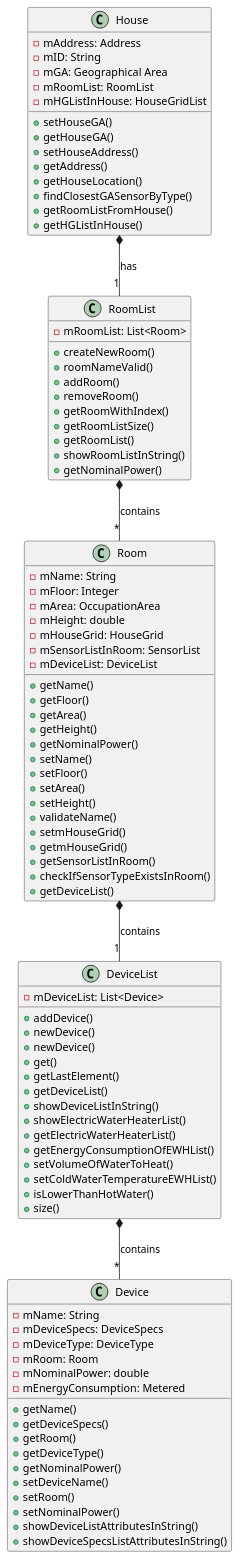
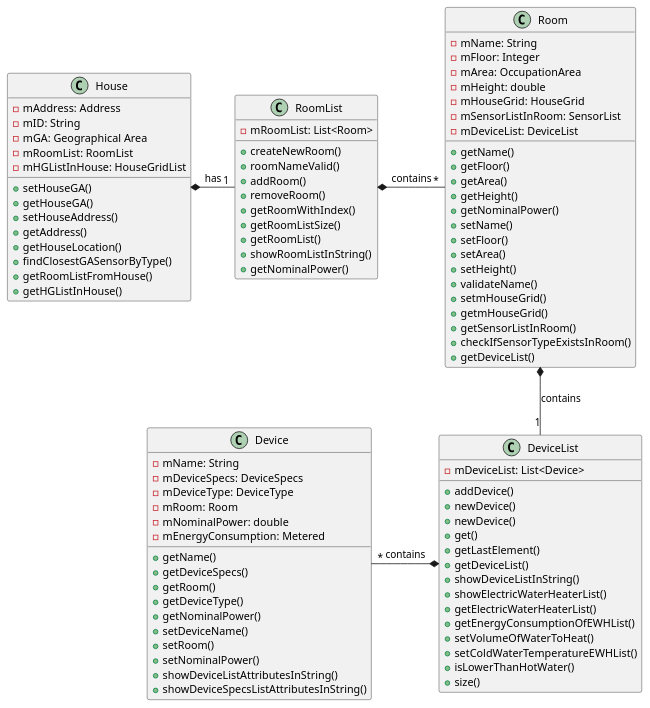
Before and after one commit to emanuel-pereira/hou: the diagram in src/main/java/smarthome/uml/classdiagrams/EnergyConsumptionOfWaterHeatingClassDiagram.puml, drawn with PlantUML.

Commit message:
Class Diagram update

```diff
--- a/src/main/java/smarthome/uml/classdiagrams/EnergyConsumptionOfWaterHeatingClassDiagram.puml
+++ b/src/main/java/smarthome/uml/classdiagrams/EnergyConsumptionOfWaterHeatingClassDiagram.puml
@@ -1,102 +1,102 @@
 @startuml
 
 class House {
 - mAddress: Address
 - mID: String
 - mGA: Geographical Area
 - mRoomList: RoomList
 - mHGListInHouse: HouseGridList
 + setHouseGA()
 + getHouseGA()
 + setHouseAddress()
 + getAddress()
 + getHouseLocation()
 + findClosestGASensorByType()
 + getRoomListFromHouse()
 + getHGListInHouse()
 }
 
 class RoomList{
 - mRoomList: List<Room>
 + createNewRoom()
 + roomNameValid()
 + addRoom()
 + removeRoom()
 + getRoomWithIndex()
 + getRoomListSize()
 + getRoomList()
 + showRoomListInString()
 + getNominalPower()
 
 }
 
 
 class Room{
 - mName: String
 - mFloor: Integer
 - mArea: OccupationArea
 - mHeight: double
 - mHouseGrid: HouseGrid
 - mSensorListInRoom: SensorList
 - mDeviceList: DeviceList
 + getName()
 + getFloor()
 + getArea()
 + getHeight()
 + getNominalPower()
 + setName()
 + setFloor()
 + setArea()
 + setHeight()
 + validateName()
 + setmHouseGrid()
 + getmHouseGrid()
 + getSensorListInRoom()
 + checkIfSensorTypeExistsInRoom()
 + getDeviceList()
 }
 
 
 class DeviceList{
 - mDeviceList: List<Device>
 + addDevice()
 + newDevice()
 + newDevice()
 + get()
 + getLastElement()
 + getDeviceList()
 + showDeviceListInString()
 + showElectricWaterHeaterList()
 + getElectricWaterHeaterList()
 + getEnergyConsumptionOfEWHList()
 + setVolumeOfWaterToHeat()
 + setColdWaterTemperatureEWHList()
 + isLowerThanHotWater()
 + size()
 }
 
 class Device {
 - mName: String
 - mDeviceSpecs: DeviceSpecs
 - mDeviceType: DeviceType
 - mRoom: Room
 - mNominalPower: double
 - mEnergyConsumption: Metered
 + getName()
 + getDeviceSpecs()
 + getRoom()
 + getDeviceType()
 + getNominalPower()
 + setDeviceName()
 + setRoom()
 + setNominalPower()
 + showDeviceListAttributesInString()
 + showDeviceSpecsListAttributesInString()
 }
 
 
-House *-- "1" RoomList: has
-RoomList *-- "*"Room: contains
+House *- "1" RoomList: has
+RoomList *- "*"Room: contains
 Room *-- "1"DeviceList: contains
-DeviceList *-- "*"Device: contains
+Device"*" -* DeviceList : contains
 @enduml
```
